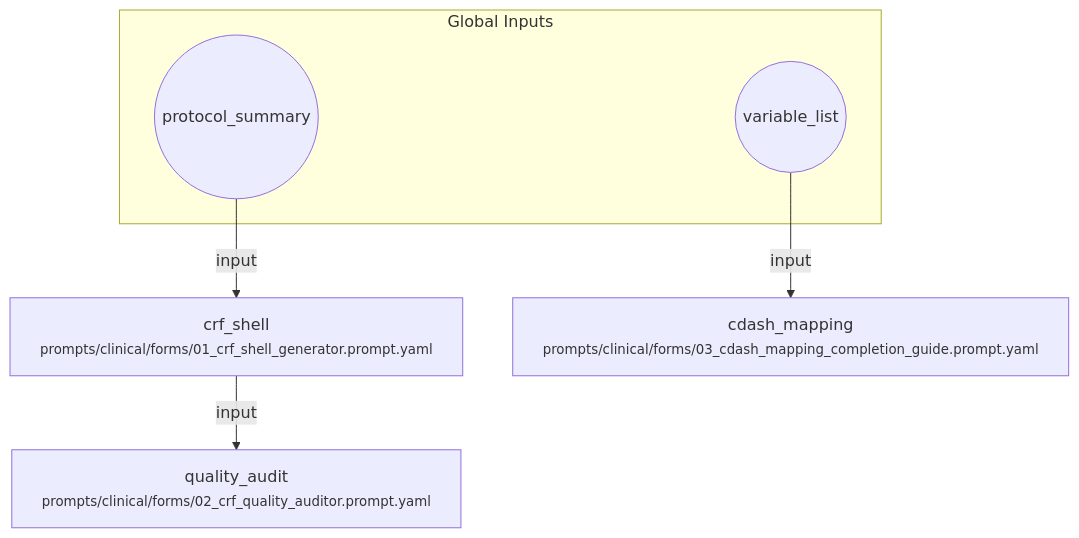
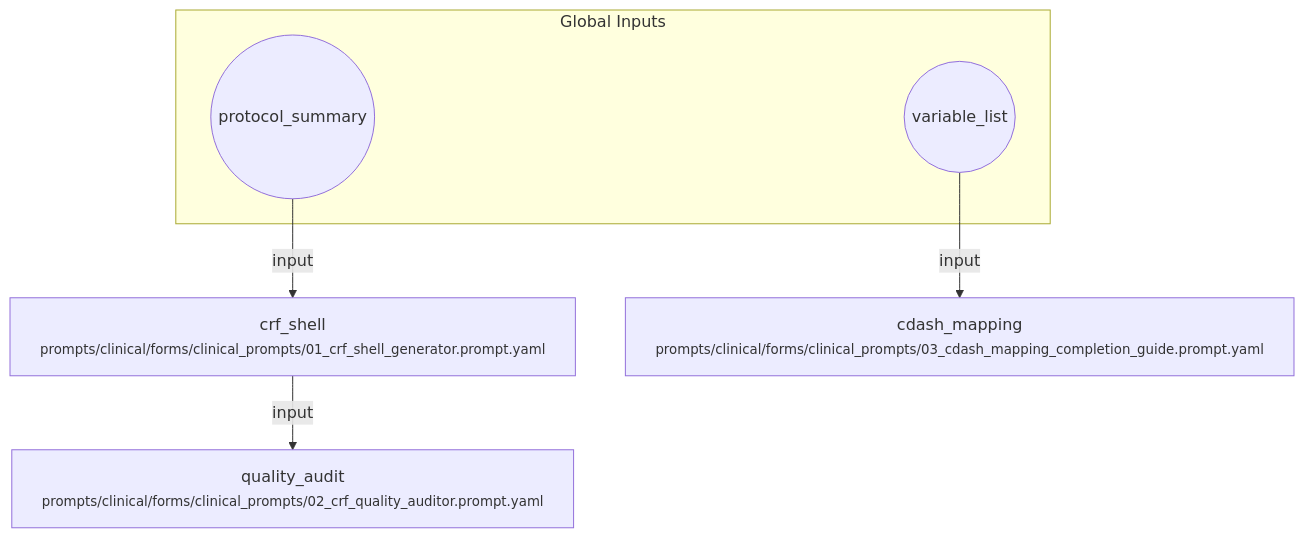
Before and after one commit to fderuiter/proompts: the diagram in workflows/clinical/clinical_prompts.workflow.md, drawn with Mermaid. The commit also changed 31 other files, not shown here.

````diff
--- a/workflows/clinical/clinical_prompts.workflow.md
+++ b/workflows/clinical/clinical_prompts.workflow.md
@@ -7,13 +7,13 @@
 ```mermaid
 flowchart TD
     subgraph Inputs [Global Inputs]
         inp_protocol_summary((protocol_summary))
         inp_variable_list((variable_list))
     end
-    crf_shell["crf_shell<br/><small>prompts/clinical/forms/01_crf_shell_generator.prompt.yaml</small>"]
-    quality_audit["quality_audit<br/><small>prompts/clinical/forms/02_crf_quality_auditor.prompt.yaml</small>"]
-    cdash_mapping["cdash_mapping<br/><small>prompts/clinical/forms/03_cdash_mapping_completion_guide.prompt.yaml</small>"]
+    crf_shell["crf_shell<br/><small>prompts/clinical/forms/clinical_prompts/01_crf_shell_generator.prompt.yaml</small>"]
+    quality_audit["quality_audit<br/><small>prompts/clinical/forms/clinical_prompts/02_crf_quality_auditor.prompt.yaml</small>"]
+    cdash_mapping["cdash_mapping<br/><small>prompts/clinical/forms/clinical_prompts/03_cdash_mapping_completion_guide.prompt.yaml</small>"]
     inp_protocol_summary -->|input| crf_shell
     crf_shell -->|input| quality_audit
     inp_variable_list -->|input| cdash_mapping
 ```
````
